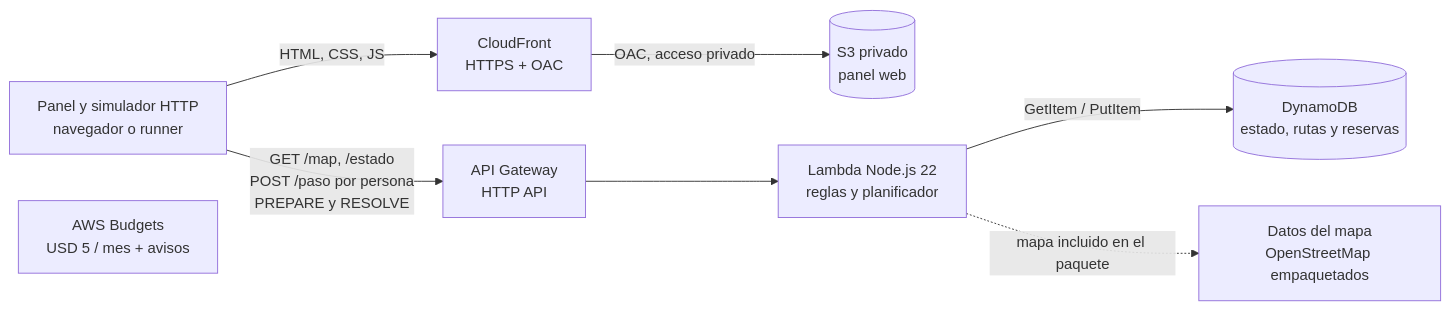
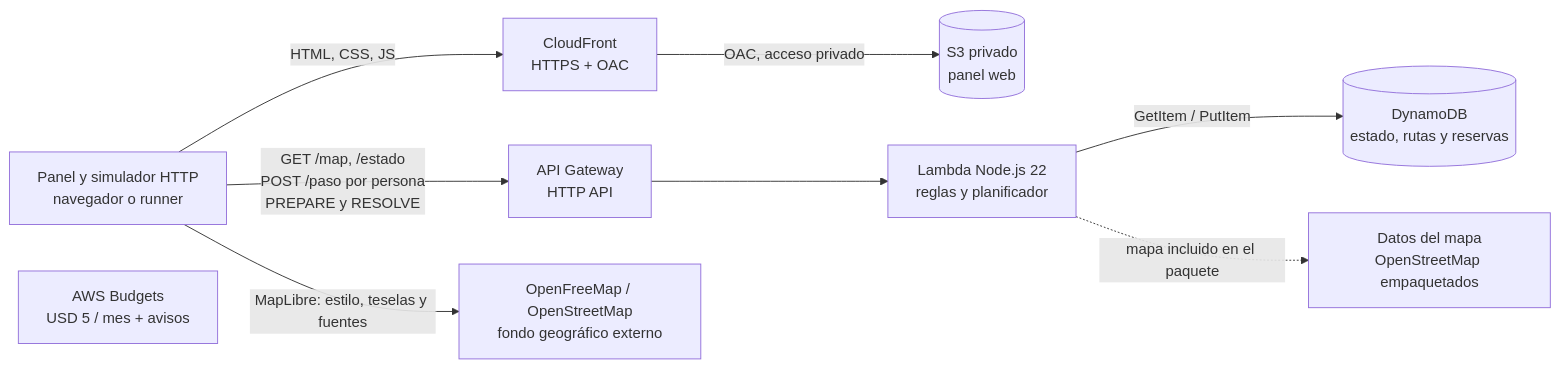
Before and after one commit to 29129/Spookython: the diagram in docs/arquitectura.mmd, drawn with Mermaid. The commit also changed 30 other files, not shown here.

```diff
--- a/docs/arquitectura.mmd
+++ b/docs/arquitectura.mmd
@@ -1,16 +1,18 @@
 flowchart LR
     Browser[Panel y simulador HTTP<br/>navegador o runner]
     CF[CloudFront<br/>HTTPS + OAC]
     S3[(S3 privado<br/>panel web)]
     APIGW[API Gateway<br/>HTTP API]
     Lambda[Lambda Node.js 22<br/>reglas y planificador]
     DDB[(DynamoDB<br/>estado, rutas y reservas)]
     OSM[Datos del mapa<br/>OpenStreetMap empaquetados]
 
     Browser -->|HTML, CSS, JS| CF
+    Basemap[OpenFreeMap / OpenStreetMap<br/>fondo geográfico externo]
+    Browser -->|MapLibre: estilo, teselas y fuentes| Basemap
     CF -->|OAC, acceso privado| S3
     Browser -->|GET /map, /estado<br/>POST /paso por persona<br/>PREPARE y RESOLVE| APIGW
     APIGW --> Lambda
     Lambda -->|GetItem / PutItem| DDB
     Lambda -.->|mapa incluido en el paquete| OSM
     Budget[AWS Budgets<br/>USD 5 / mes + avisos]
```
